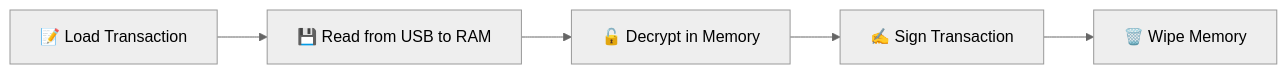
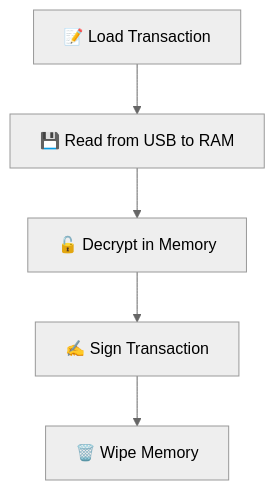
The second of 2 diagrams in README.md (devsyrem/coldstar), drawn with Mermaid (neutral theme) before and after one commit.

Commit message:
Improve signing flow diagram with vertical layout for better readability
Agent-Logs-Url: https://github.com/devsyrem/coldstar/sessions/7c0053a7-6e78-4bb6-8448-10f335f9f3d7

````diff
--- a/README.md
+++ b/README.md
@@ -224,7 +224,7 @@
 ```mermaid
-flowchart LR
+flowchart TD
     D[📝 Load Transaction] --> E[💾 Read from USB to RAM]
     E --> F[🔓 Decrypt in Memory]
     F --> G[✍️ Sign Transaction]
     G --> H[🗑️ Wipe Memory]
 ```
````
